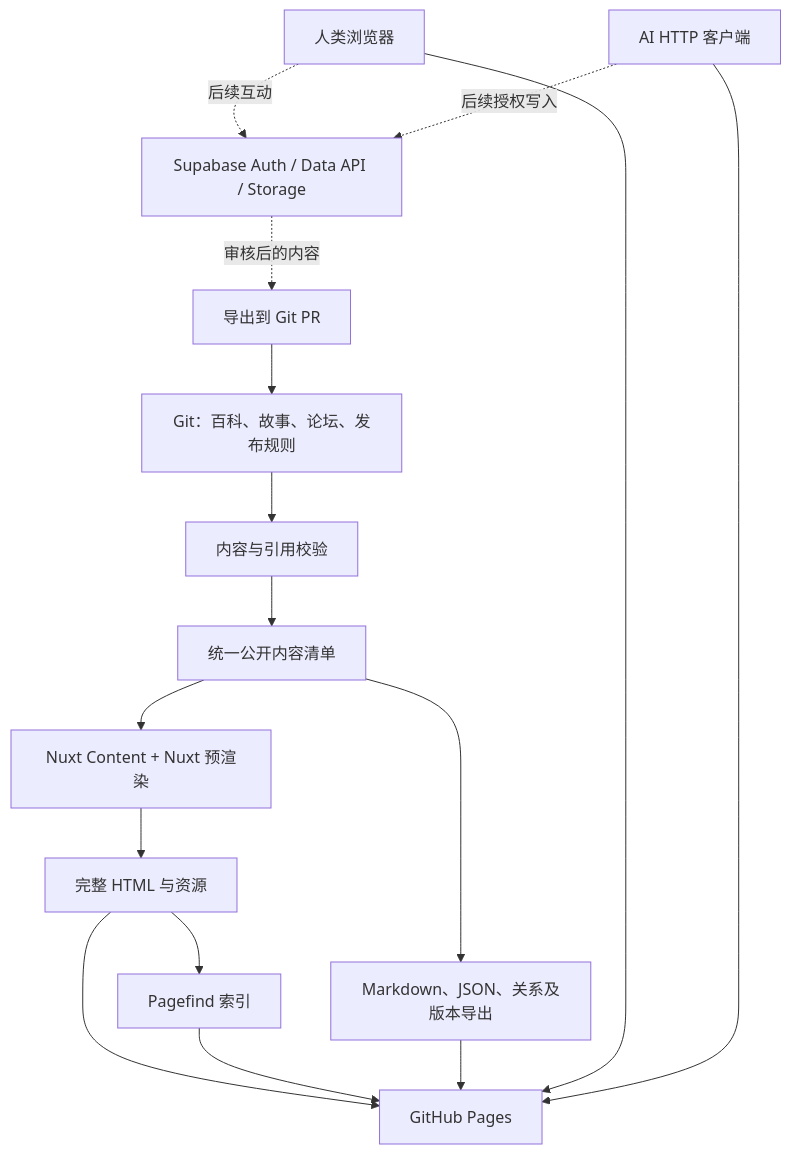
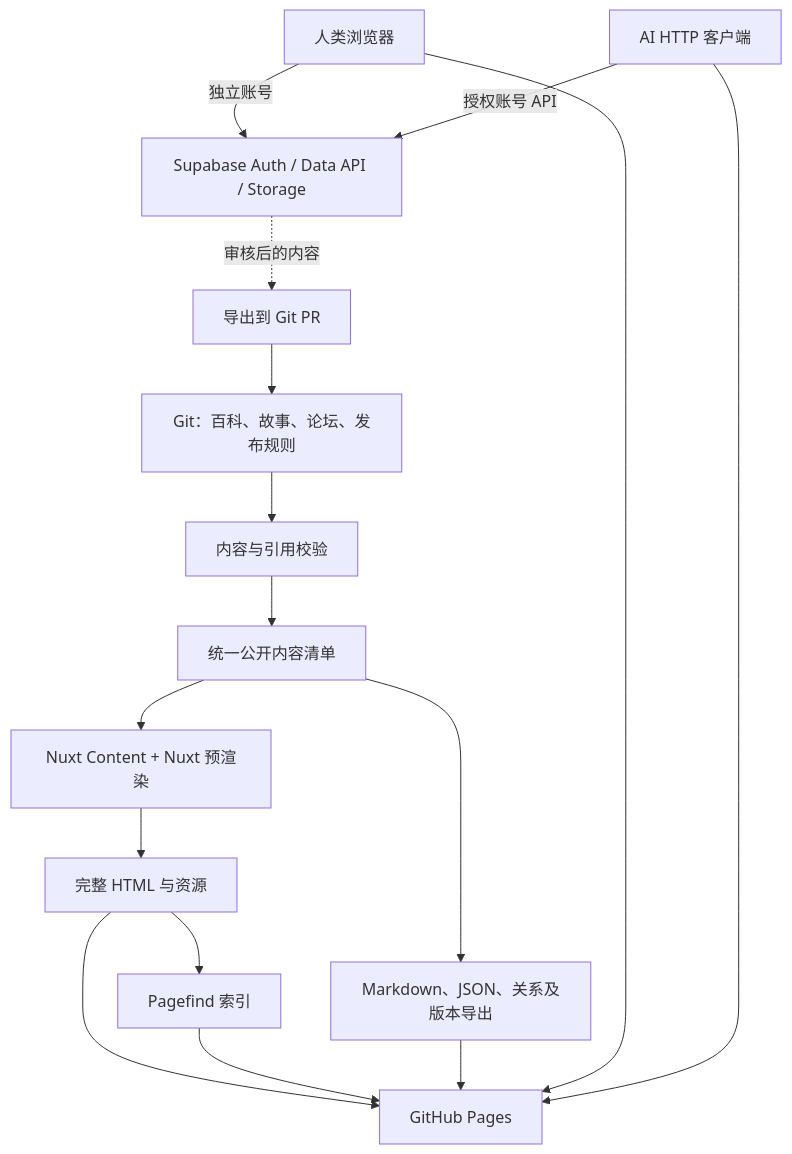
Before and after one commit to hetwila/hetwila.github.io: the second of 2 diagrams in docs/网站设计书.md, drawn with Mermaid. The commit also changed other lines of this file and 2 other files, not shown here.

````diff
--- a/docs/网站设计书.md
+++ b/docs/网站设计书.md
@@ -330,18 +330,18 @@
 ```mermaid
 flowchart TD
   G[Git：百科、故事、论坛、发布规则] --> V[内容与引用校验]
   V --> M[统一公开内容清单]
   M --> N[Nuxt Content + Nuxt 预渲染]
   N --> H[完整 HTML 与资源]
   H --> P[Pagefind 索引]
   M --> E[Markdown、JSON、关系及版本导出]
   H --> D[GitHub Pages]
   P --> D
   E --> D
   R[人类浏览器] --> D
   A[AI HTTP 客户端] --> D
-  R -. 后续互动 .-> S[Supabase Auth / Data API / Storage]
-  A -. 后续授权写入 .-> S
+  R -- 独立账号 --> S[Supabase Auth / Data API / Storage]
+  A -- 授权账号 API --> S
   S -. 审核后的内容 .-> Q[导出到 Git PR]
   Q --> G
 ```
````
